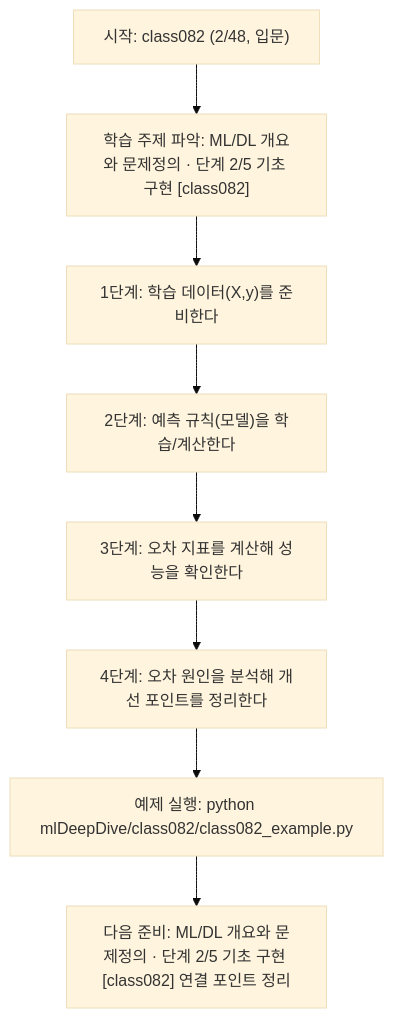
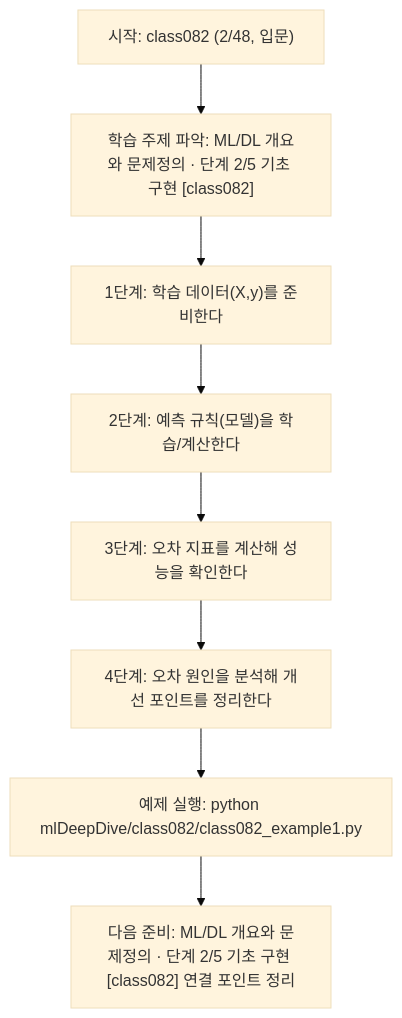
One commit to edumgt/Python-AI_Agent-Class changed the diagram in mlDeepDive/class082/class082.md. Above: the diagram before and after it, drawn with Mermaid (base theme). The commit also changed other lines of this file and 2959 other files, not shown here.

````diff
--- a/mlDeepDive/class082/class082.md
+++ b/mlDeepDive/class082/class082.md
@@ -111,18 +111,18 @@
 ```mermaid
 flowchart TD
 N1["시작: class082 (2/48, 입문)"]
 N2["학습 주제 파악: ML/DL 개요와 문제정의 · 단계 2/5 기초 구현 [class082]"]
 N3["1단계: 학습 데이터(X,y)를 준비한다"]
 N4["2단계: 예측 규칙(모델)을 학습/계산한다"]
 N5["3단계: 오차 지표를 계산해 성능을 확인한다"]
 N6["4단계: 오차 원인을 분석해 개선 포인트를 정리한다"]
-N7["예제 실행: python mlDeepDive/class082/class082_example.py"]
+N7["예제 실행: python mlDeepDive/class082/class082_example1.py"]
 N8["다음 준비: ML/DL 개요와 문제정의 · 단계 2/5 기초 구현 [class082] 연결 포인트 정리"]
 N1 --> N2
 N2 --> N3
 N3 --> N4
 N4 --> N5
 N5 --> N6
 N6 --> N7
 N7 --> N8
 ```
````
